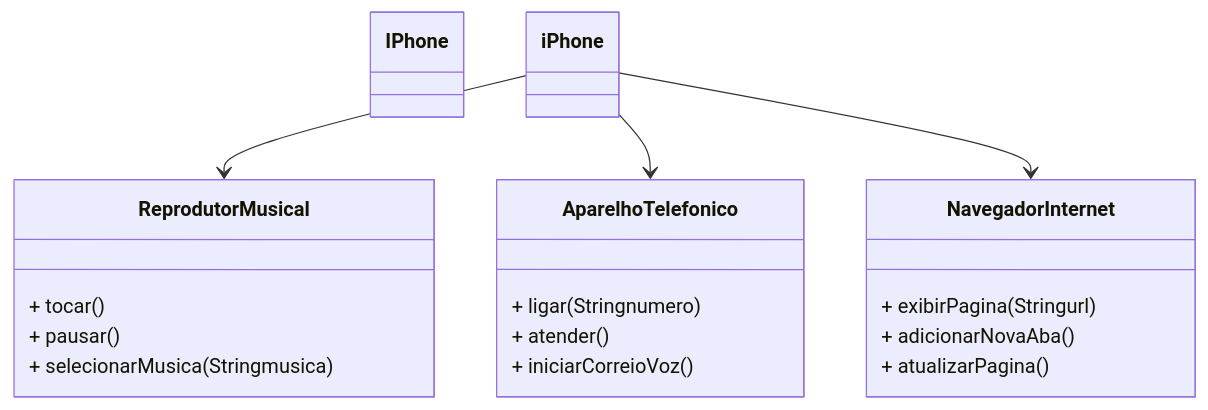
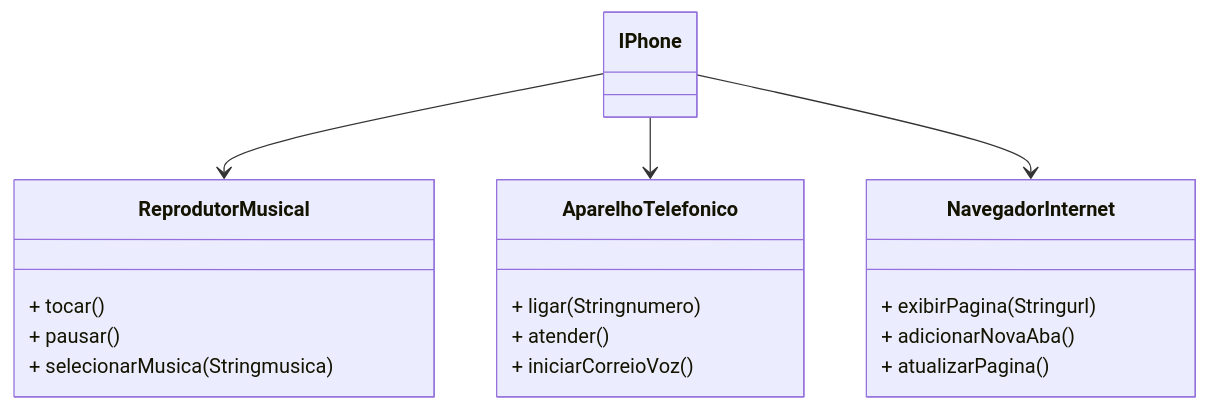
Before and after one commit to G22-dev/Repositorio-estudos-Java: the diagram in Poo/UML.md, drawn with Mermaid.

Commit message:
Ajustando markdown

````diff
--- a/Poo/UML.md
+++ b/Poo/UML.md
@@ -11,28 +11,28 @@
 ```mermaid
 classDiagram
     class ReprodutorMusical {
         + tocar()
         + pausar()
         + selecionarMusica(Stringmusica)
     }
 
     class AparelhoTelefonico {
 
         + ligar(Stringnumero)
         + atender()
         + iniciarCorreioVoz()
     }
 
     class NavegadorInternet {
-        
+
         + exibirPagina(Stringurl)
         + adicionarNovaAba()
         + atualizarPagina()
     }
 
     class IPhone{}
 
-    iPhone --> ReprodutorMusical
-    iPhone --> AparelhoTelefonico
-    iPhone --> NavegadorInternet
+    IPhone --> ReprodutorMusical
+    IPhone --> AparelhoTelefonico
+    IPhone --> NavegadorInternet
 ```    
````
